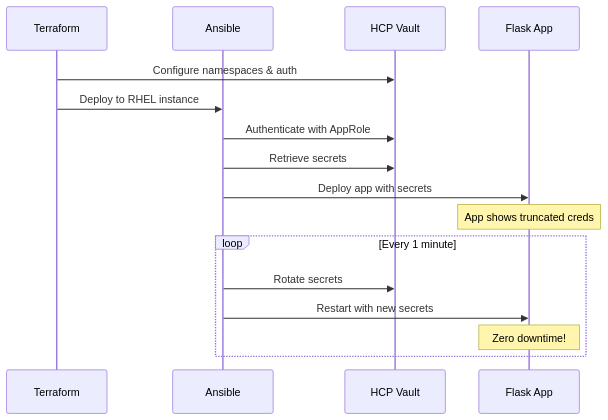
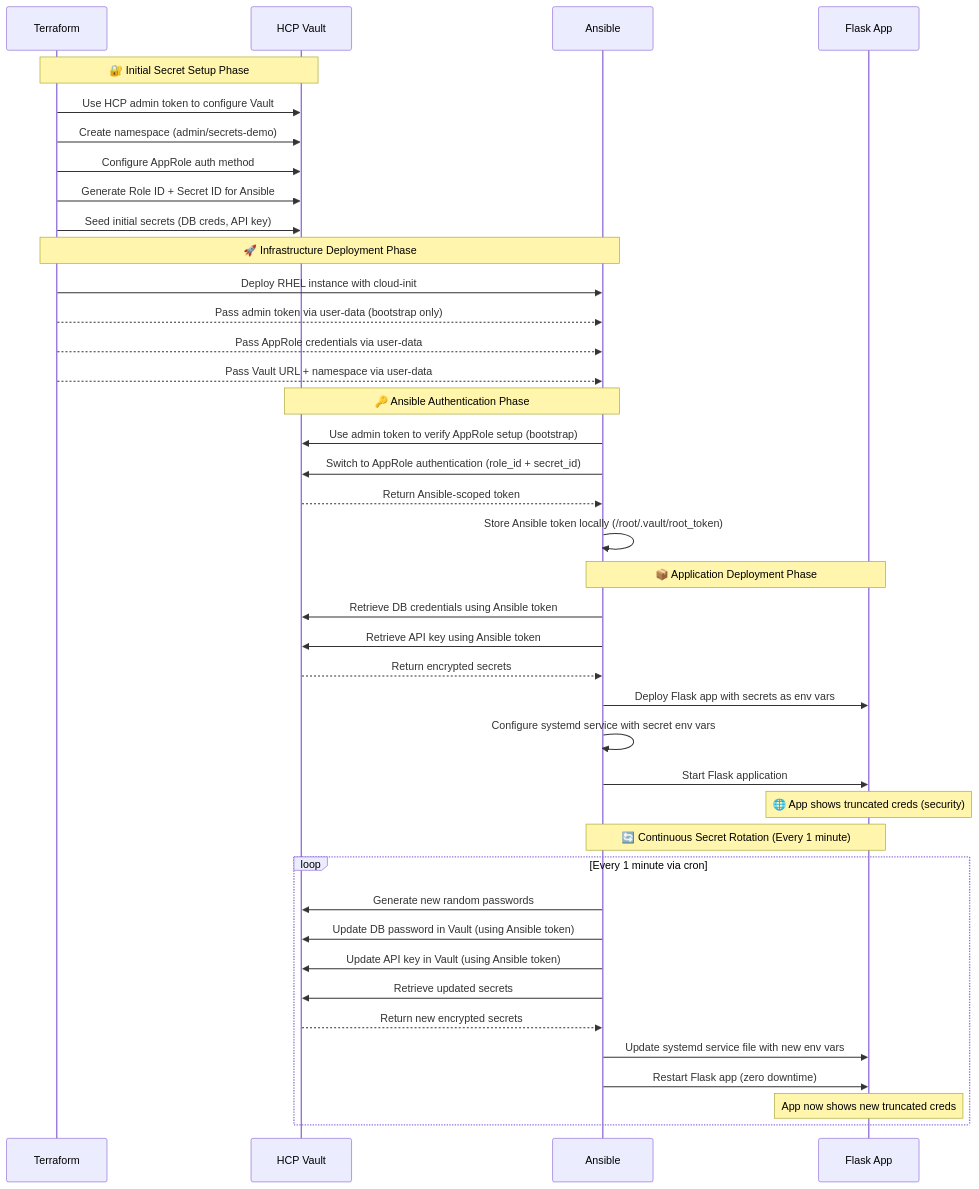
Before and after one commit to stoffee/secrets-demos: the second of 2 diagrams in ansible-vault-demo/README.md, drawn with Mermaid.

````diff
--- a/ansible-vault-demo/README.md
+++ b/ansible-vault-demo/README.md
@@ -96,19 +96,48 @@
 ```mermaid
 sequenceDiagram
     participant T as Terraform
-    participant A as Ansible  
     participant V as HCP Vault
+    participant A as Ansible
     participant F as Flask App
     
-    T->>V: Configure namespaces & auth
-    T->>A: Deploy to RHEL instance
-    A->>V: Authenticate with AppRole
-    A->>V: Retrieve secrets
-    A->>F: Deploy app with secrets
-    Note over F: App shows truncated creds
-    loop Every 1 minute
-        A->>V: Rotate secrets
-        A->>F: Restart with new secrets
-        Note over F: Zero downtime!
+    Note over T,V: 🔐 Initial Secret Setup Phase
+    T->>V: Use HCP admin token to configure Vault
+    T->>V: Create namespace (admin/secrets-demo)
+    T->>V: Configure AppRole auth method
+    T->>V: Generate Role ID + Secret ID for Ansible
+    T->>V: Seed initial secrets (DB creds, API key)
+    
+    Note over T,A: 🚀 Infrastructure Deployment Phase  
+    T->>A: Deploy RHEL instance with cloud-init
+    T-->>A: Pass admin token via user-data (bootstrap only)
+    T-->>A: Pass AppRole credentials via user-data
+    T-->>A: Pass Vault URL + namespace via user-data
+    
+    Note over A,V: 🔑 Ansible Authentication Phase
+    A->>V: Use admin token to verify AppRole setup (bootstrap)
+    A->>V: Switch to AppRole authentication (role_id + secret_id)
+    V-->>A: Return Ansible-scoped token
+    A->>A: Store Ansible token locally (/root/.vault/root_token)
+    
+    Note over A,F: 📦 Application Deployment Phase
+    A->>V: Retrieve DB credentials using Ansible token
+    A->>V: Retrieve API key using Ansible token
+    V-->>A: Return encrypted secrets
+    A->>F: Deploy Flask app with secrets as env vars
+    A->>A: Configure systemd service with secret env vars
+    A->>F: Start Flask application
+    
+    Note over F: 🌐 App shows truncated creds (security)
+    
+    Note over A,F: 🔄 Continuous Secret Rotation (Every 1 minute)
+    loop Every 1 minute via cron
+        A->>V: Generate new random passwords
+        A->>V: Update DB password in Vault (using Ansible token)
+        A->>V: Update API key in Vault (using Ansible token)
+        A->>V: Retrieve updated secrets
+        V-->>A: Return new encrypted secrets
+        A->>F: Update systemd service file with new env vars
+        A->>F: Restart Flask app (zero downtime)
+        Note over F: App now shows new truncated creds
     end
 ```
````
